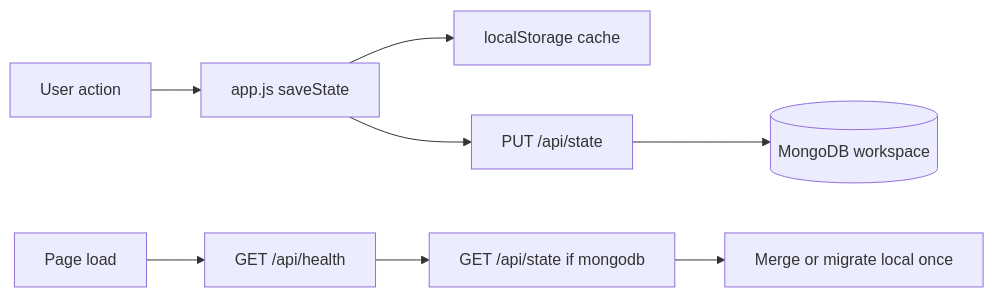
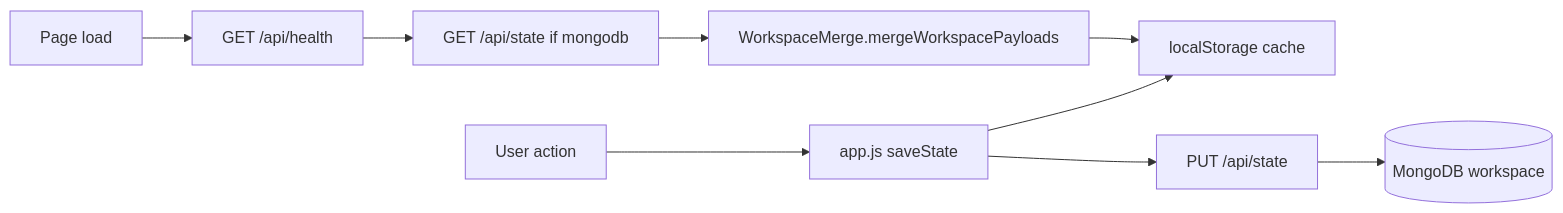
One commit to RifqiMT/pm-prioritization-tool changed the first of 3 diagrams in docs/FEATURE_LOGIC_AND_CONSTRAINTS.md. Above: the diagram before and after it, drawn with Mermaid. The commit also changed other lines of this file and 29 other files, not shown here.

First line of the commit message:
feat(sync): concurrent workspace merge, revision conflicts, and map tooltips

````diff
--- a/docs/FEATURE_LOGIC_AND_CONSTRAINTS.md
+++ b/docs/FEATURE_LOGIC_AND_CONSTRAINTS.md
@@ -55,10 +55,11 @@
 ```mermaid
 flowchart LR
   UI[User action] --> APP[app.js saveState]
   APP --> LS[localStorage cache]
   APP --> API[PUT /api/state]
   API --> MDB[(MongoDB workspace)]
   LOAD[Page load] --> HEALTH[GET /api/health]
   HEALTH --> PULL[GET /api/state if mongodb]
-  PULL --> MERGE[Merge or migrate local once]
+  PULL --> MERGE[WorkspaceMerge.mergeWorkspacePayloads]
+  MERGE --> LS
 ```
````
